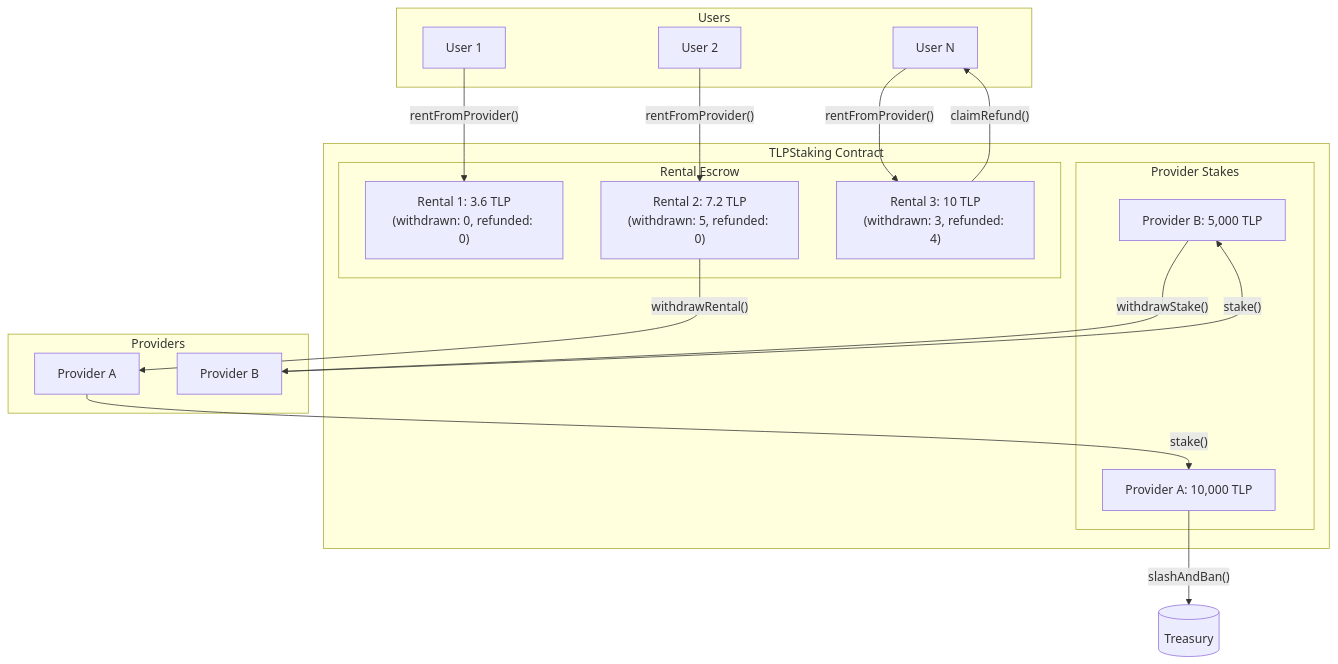
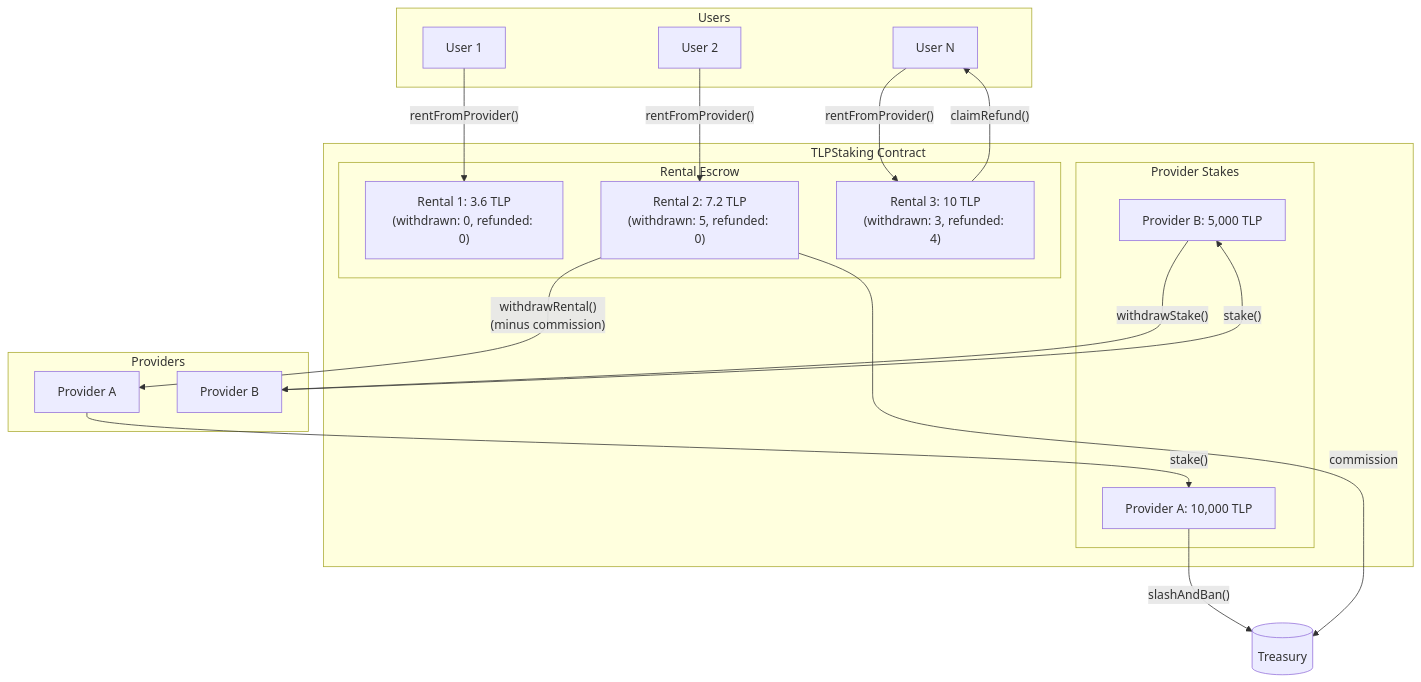
One commit to TimeleapLabs/tlp-contracts changed the ninth of 9 diagrams in docs/flowcharts.md. Above: the diagram before and after it, drawn with Mermaid. The commit also changed other lines of this file and 1 other file, not shown here.

First line of the commit message:
Add commission on provider withdrawals

````diff
--- a/docs/flowcharts.md
+++ b/docs/flowcharts.md
@@ -315,41 +318,42 @@
 ```mermaid
 flowchart TB
     subgraph users["Users"]
         U1[User 1]
         U2[User 2]
         U3[User N]
     end
 
     subgraph contract["TLPStaking Contract"]
         subgraph stakes["Provider Stakes"]
             PS1[Provider A: 10,000 TLP]
             PS2[Provider B: 5,000 TLP]
         end
 
         subgraph rentals["Rental Escrow"]
             R1["Rental 1: 3.6 TLP<br/>(withdrawn: 0, refunded: 0)"]
             R2["Rental 2: 7.2 TLP<br/>(withdrawn: 5, refunded: 0)"]
             R3["Rental 3: 10 TLP<br/>(withdrawn: 3, refunded: 4)"]
         end
     end
 
     subgraph providers["Providers"]
         P1[Provider A]
         P2[Provider B]
     end
 
     Treasury[(Treasury)]
 
     U1 -->|"rentFromProvider()"| R1
     U2 -->|"rentFromProvider()"| R2
     U3 -->|"rentFromProvider()"| R3
 
     P1 -->|"stake()"| PS1
     P2 -->|"stake()"| PS2
 
-    R2 -->|"withdrawRental()"| P1
+    R2 -->|"withdrawRental()<br/>(minus commission)"| P1
+    R2 -->|"commission"| Treasury
     R3 -->|"claimRefund()"| U3
 
     PS1 -->|"slashAndBan()"| Treasury
     PS2 -->|"withdrawStake()"| P2
 ```
````
